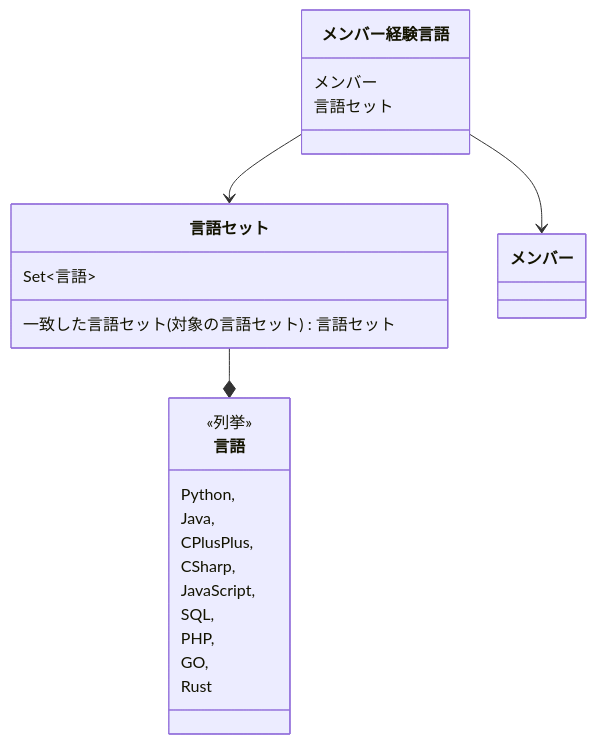
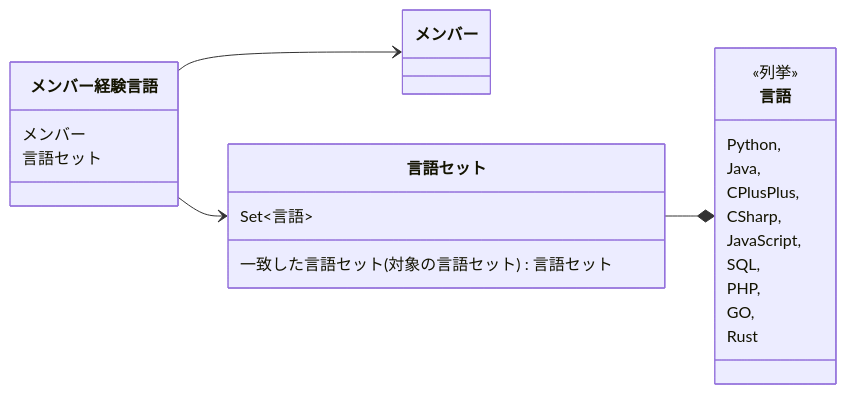
One commit to masuda220/business-logic-patterns changed the diagram in src/main/java/com/example/domain/model/jjugccc2024/advanced/matching/概要.mmd. Above: the diagram before and after it, drawn with Mermaid.

Commit message:
スキルマッチング 図の方向

```diff
--- a/src/main/java/com/example/domain/model/jjugccc2024/advanced/matching/概要.mmd
+++ b/src/main/java/com/example/domain/model/jjugccc2024/advanced/matching/概要.mmd
@@ -1,27 +1,28 @@
 classDiagram
+    direction LR
+    メンバー経験言語 --> メンバー
+    メンバー経験言語 --> 言語セット
     言語セット --* 言語
-    メンバー経験言語 --> 言語セット
-    メンバー経験言語 --> メンバー
 
     class メンバー経験言語 {
         メンバー
         言語セット
     }
 
     class 言語セット {
         Set~言語~
         一致した言語セット(対象の言語セット) 言語セット
     }
 
     class 言語 {
         <<列挙>>
         Python,
         Java,
         CPlusPlus,
         CSharp,
         JavaScript,
         SQL,
         PHP,
         GO,
         Rust
     }
```
